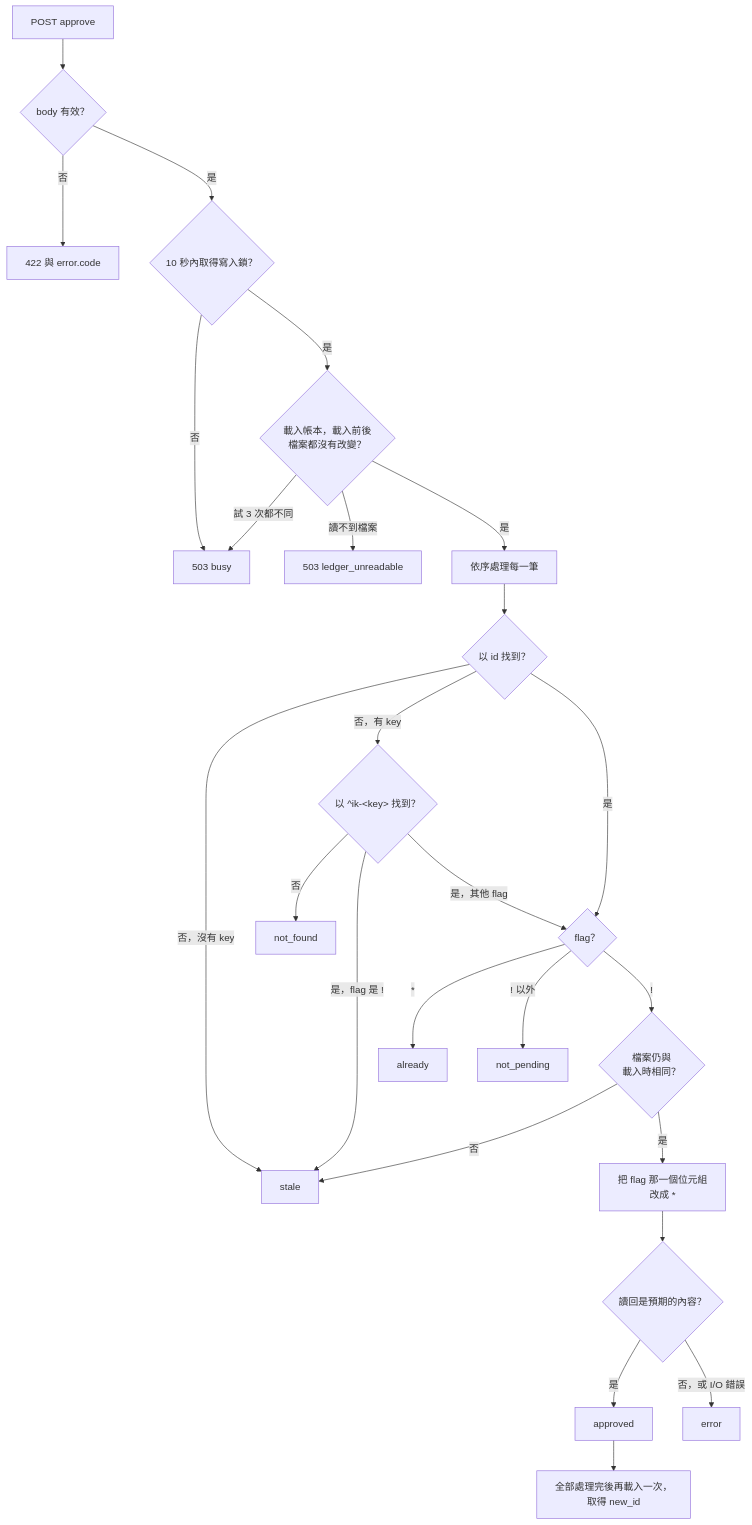
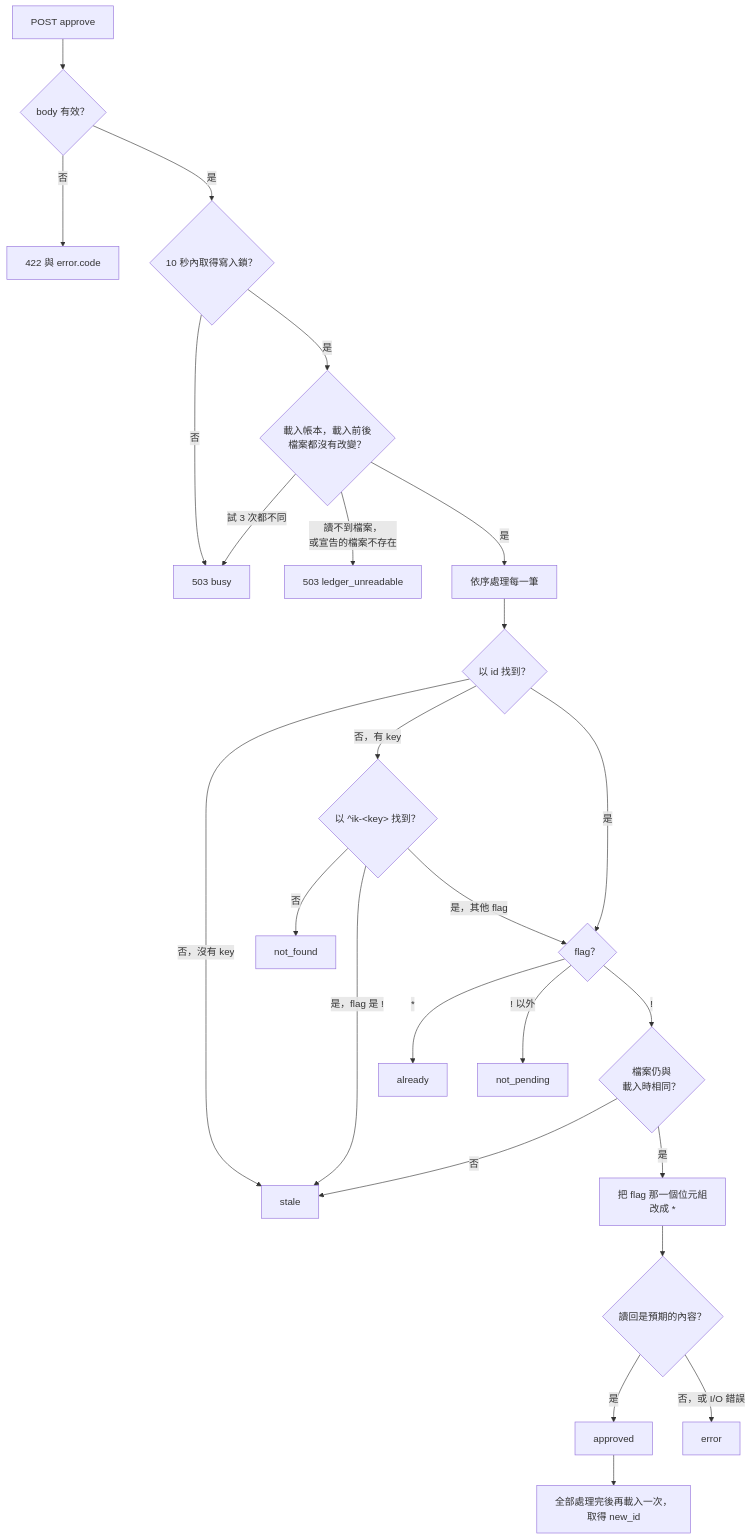
The third of 3 diagrams in docs/agent-api-reference.md (gn00678465/beancount-fava), drawn with Mermaid before and after one commit. The commit also changed other lines of this file and 2 other files, not shown here.

Commit message:
fix(api): 帳本宣告的檔案不存在時核准整批回 ledger_unreadable
- loader 回報主檔或 include 缺檔時，不再把縮小的帳本當成完整快照
- 已移除 include 宣告的檔案照新帳本處理，其他載入錯誤不影響核准
- 新增主檔缺失、include 缺失、移除 include 與其他載入錯誤的測試

````diff
--- a/docs/agent-api-reference.md
+++ b/docs/agent-api-reference.md
@@ -313,27 +313,27 @@
 ```mermaid
 flowchart TD
     Start["POST approve"] --> Valid{"body 有效？"}
     Valid -->|否| R422["422 與 error.code"]
     Valid -->|是| Lock{"10 秒內取得寫入鎖？"}
     Lock -->|否| R503["503 busy"]
     Lock -->|是| Load{"載入帳本，載入前後<br>檔案都沒有改變？"}
     Load -->|試 3 次都不同| R503
-    Load -->|讀不到檔案| Unreadable["503 ledger_unreadable"]
+    Load -->|讀不到檔案，<br>或宣告的檔案不存在| Unreadable["503 ledger_unreadable"]
     Load -->|是| Each["依序處理每一筆"]
     Each --> ById{"以 id 找到？"}
     ById -->|否，沒有 key| Stale["stale"]
     ById -->|否，有 key| ByKey{"以 ^ik-&lt;key&gt; 找到？"}
     ByKey -->|否| NotFound["not_found"]
     ByKey -->|是，flag 是 !| Stale
     ByKey -->|是，其他 flag| Flag
     ById -->|是| Flag{"flag？"}
     Flag -->|*| Already["already"]
     Flag -->|! 以外| NotPending["not_pending"]
     Flag -->|!| Same{"檔案仍與<br>載入時相同？"}
     Same -->|否| Stale
     Same -->|是| Write["把 flag 那一個位元組<br>改成 *"]
     Write --> Back{"讀回是預期的內容？"}
     Back -->|是| Approved["approved"]
     Back -->|否，或 I/O 錯誤| Error["error"]
     Approved --> NewId["全部處理完後再載入一次，<br>取得 new_id"]
 ```
````
